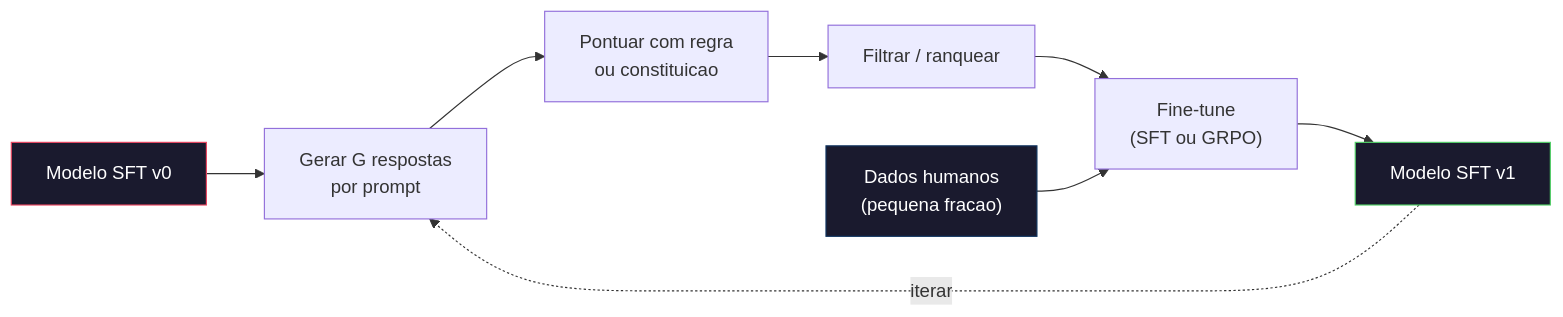
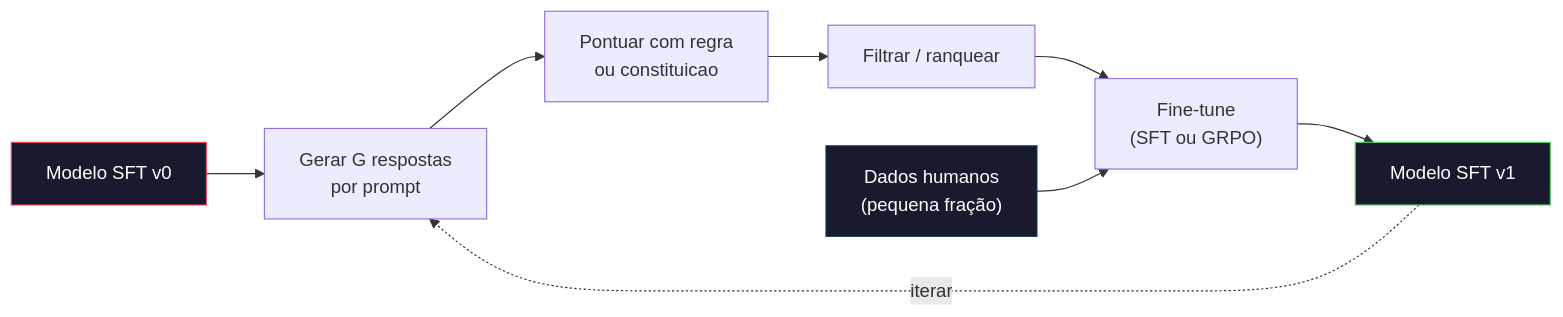
The second of 2 diagrams in phases/10-llms-from-scratch/09-constitutional-ai-self-improvement/docs/pt-br.md (K3lvin-dev/ai-engineering-from-scratch), drawn with Mermaid before and after one commit. The commit also changed other lines of this file and 23 other files, not shown here.

````diff
--- a/phases/10-llms-from-scratch/09-constitutional-ai-self-improvement/docs/pt-br.md
+++ b/phases/10-llms-from-scratch/09-constitutional-ai-self-improvement/docs/pt-br.md
@@ -139,15 +139,15 @@
 ```mermaid
 graph LR
     M0["Modelo SFT v0"] --> G["Gerar G respostas\npor prompt"]
     G --> S["Pontuar com regra\nou constituicao"]
     S --> F["Filtrar / ranquear"]
     F --> T["Fine-tune\n(SFT ou GRPO)"]
     T --> M1["Modelo SFT v1"]
     M1 -.->|iterar| G
 
-    H["Dados humanos\n(pequena fracao)"] --> T
+    H["Dados humanos\n(pequena fração)"] --> T
 
     style M0 fill:#1a1a2e,stroke:#e94560,color:#fff
     style M1 fill:#1a1a2e,stroke:#51cf66,color:#fff
     style H fill:#1a1a2e,stroke:#0f3460,color:#fff
 ```
````
